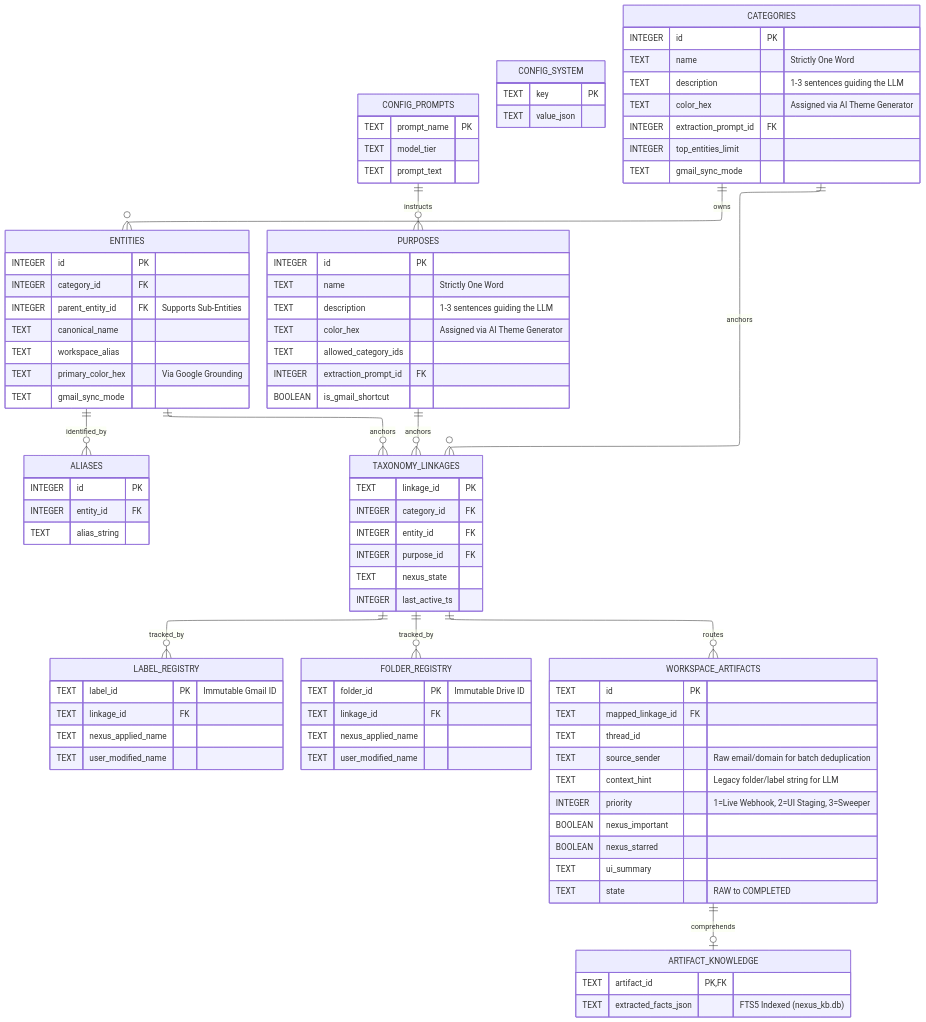
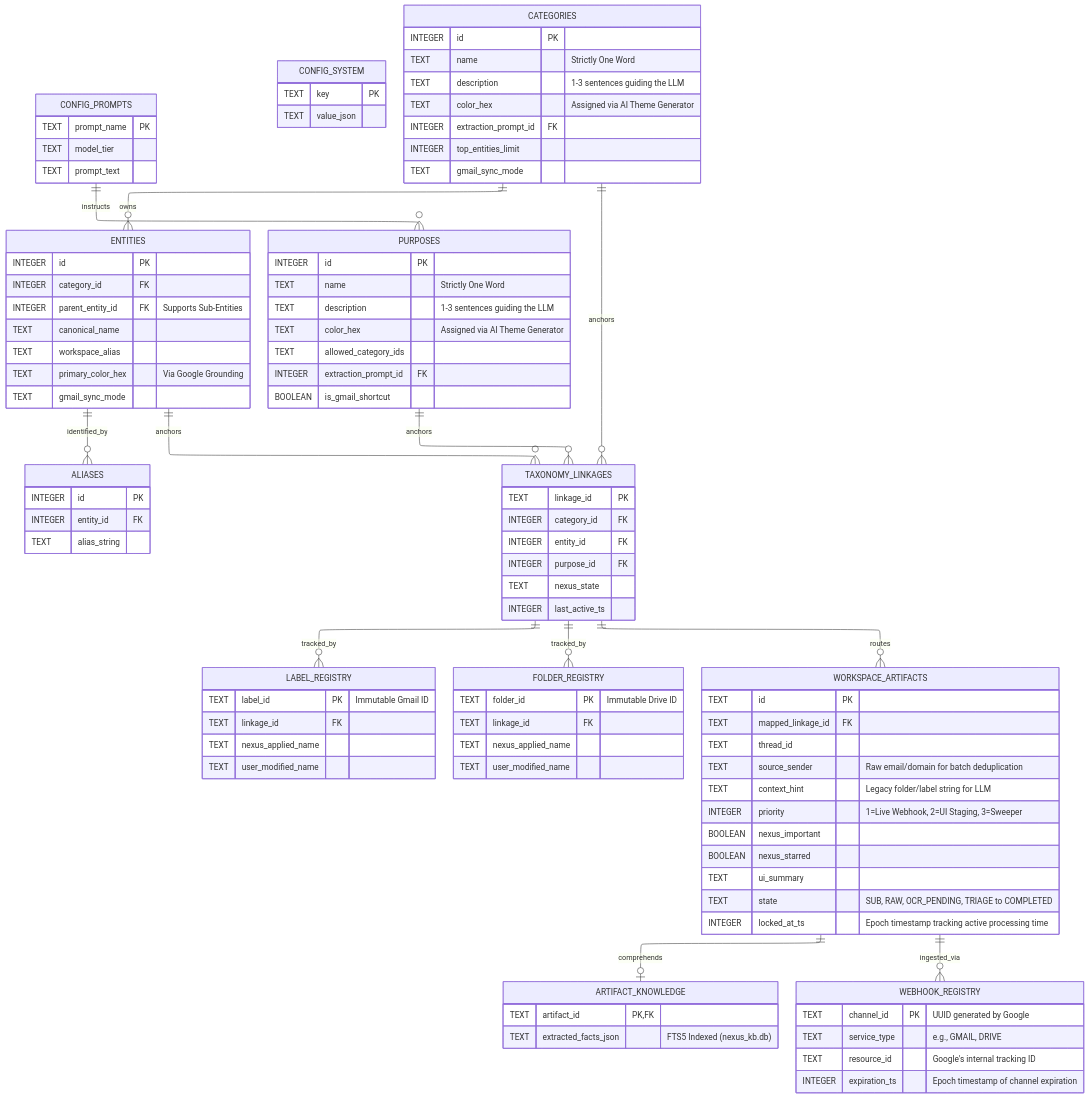
The diagram in arch_docs/02_DATA_ONTOLOGY.md (FrankXLT/Nexus-for-Google), drawn with Mermaid before and after one commit. The commit also changed other lines of this file and 8 other files, not shown here.

```diff
--- a/arch_docs/02_DATA_ONTOLOGY.md
+++ b/arch_docs/02_DATA_ONTOLOGY.md
@@ -105,13 +105,21 @@
         BOOLEAN nexus_important ""
         BOOLEAN nexus_starred ""
         TEXT ui_summary ""
-        TEXT state "RAW to COMPLETED"
+        TEXT state "SUB, RAW, OCR_PENDING, TRIAGE to COMPLETED"
+        INTEGER locked_at_ts "Epoch timestamp tracking active processing time"
     }
     ARTIFACT_KNOWLEDGE {
         TEXT artifact_id PK, FK ""
         TEXT extracted_facts_json "FTS5 Indexed (nexus_kb.db)"
     }
+    WEBHOOK_REGISTRY {
+        TEXT channel_id PK "UUID generated by Google"
+        TEXT service_type "e.g., GMAIL, DRIVE"
+        TEXT resource_id "Google's internal tracking ID"
+        INTEGER expiration_ts "Epoch timestamp of channel expiration"
+    }
 
+    WORKSPACE_ARTIFACTS ||--o{ WEBHOOK_REGISTRY : "ingested_via"
     CONFIG_PROMPTS ||--o{ PURPOSES : "instructs"
     CATEGORIES ||--o{ ENTITIES : "owns"
     ENTITIES ||--o{ ALIASES : "identified_by"
```
